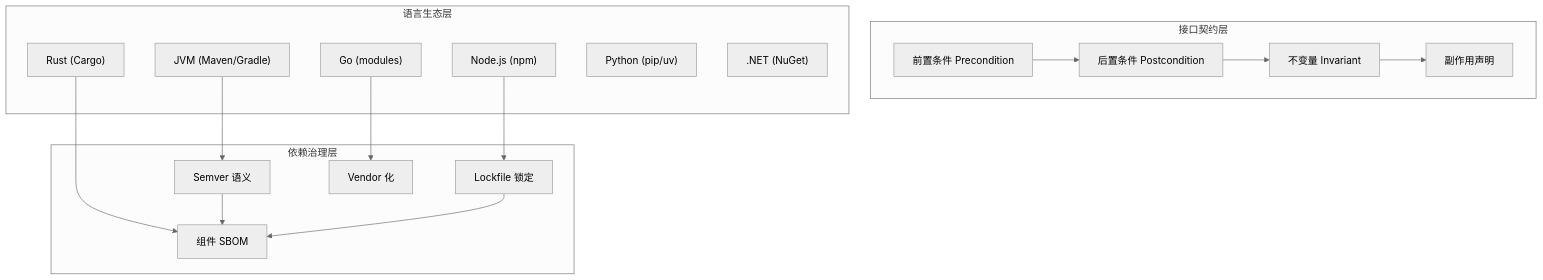
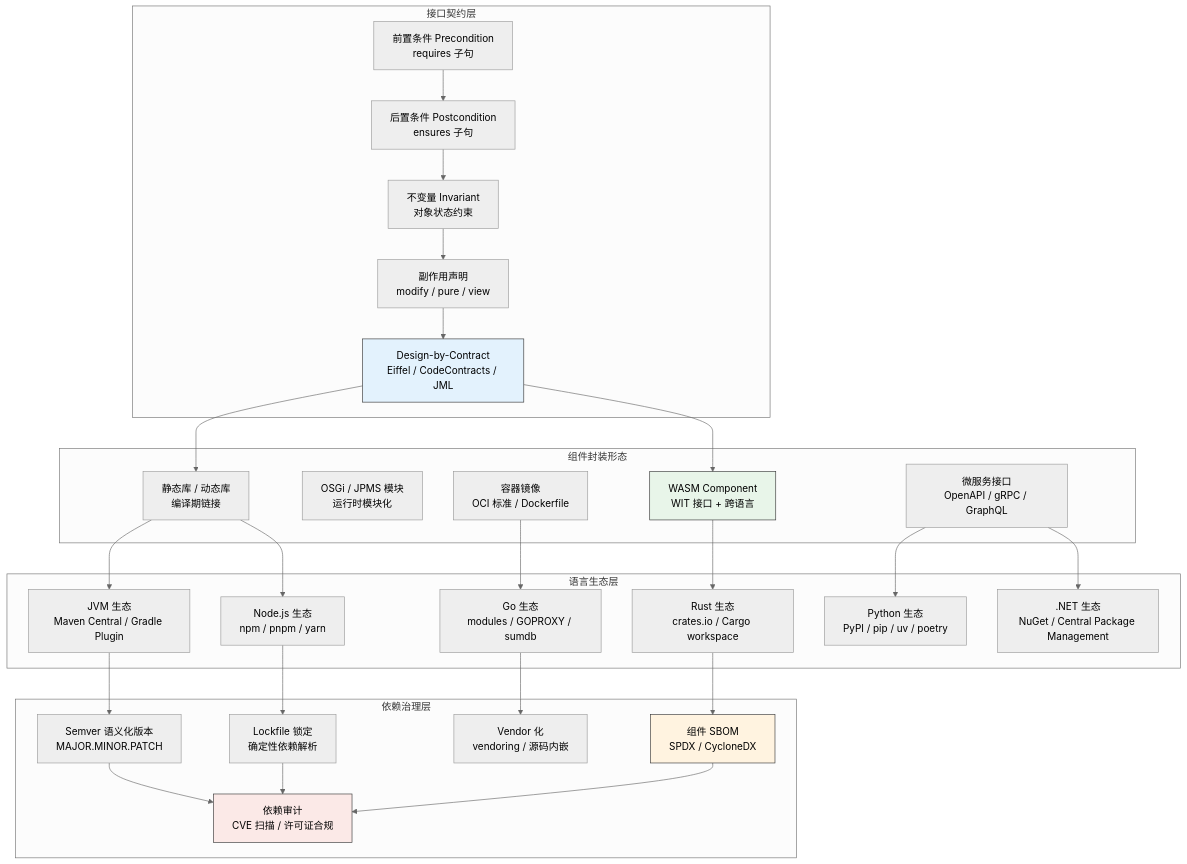
One commit to AdaMartin18010/Architecture changed the diagram in struct/99-reference/visualizations/04-component-architecture-reuse.mmd. Above: the diagram before and after it, drawn with Mermaid (neutral theme). The commit also changed 45 other files, not shown here.

```diff
--- a/struct/99-reference/visualizations/04-component-architecture-reuse.mmd
+++ b/struct/99-reference/visualizations/04-component-architecture-reuse.mmd
@@ -1,31 +1,56 @@
+%% 版本: 2026-06-10 | 状态: B3 完成 | 主题: 04 组件架构复用
 flowchart TB
-    subgraph 接口契约层
-        PRE["前置条件 Precondition"]
-        POST["后置条件 Postcondition"]
-        INV["不变量 Invariant"]
-        SIDE["副作用声明"]
+    subgraph "接口契约层"
+        PRE["前置条件 Precondition<br/>requires 子句"]
+        POST["后置条件 Postcondition<br/>ensures 子句"]
+        INV["不变量 Invariant<br/>对象状态约束"]
+        SIDE["副作用声明<br/>modify / pure / view"]
+        DBCON["Design-by-Contract<br/>Eiffel / CodeContracts / JML"]
     end
 
-    subgraph 语言生态层
-        JVM["JVM (Maven/Gradle)"]
-        NODE["Node.js (npm)"]
-        RUST["Rust (Cargo)"]
-        GO["Go (modules)"]
-        PY["Python (pip/uv)"]
-        NET[".NET (NuGet)"]
+    subgraph "组件封装形态"
+        LIB["静态库 / 动态库<br/>编译期链接"]
+        MOD["OSGi / JPMS 模块<br/>运行时模块化"]
+        WASM_C["WASM Component<br/>WIT 接口 + 跨语言"]
+        CONT["容器镜像<br/>OCI 标准 / Dockerfile"]
+        SVC["微服务接口<br/>OpenAPI / gRPC / GraphQL"]
     end
 
-    subgraph 依赖治理层
-        SEMVER["Semver 语义"]
-        LOCK["Lockfile 锁定"]
-        VEND["Vendor 化"]
-        SBOM_C["组件 SBOM"]
+    subgraph "语言生态层"
+        JVM["JVM 生态<br/>Maven Central / Gradle Plugin"]
+        NODE["Node.js 生态<br/>npm / pnpm / yarn"]
+        RUST["Rust 生态<br/>crates.io / Cargo workspace"]
+        GO["Go 生态<br/>modules / GOPROXY / sumdb"]
+        PY["Python 生态<br/>PyPI / pip / uv / poetry"]
+        NET[".NET 生态<br/>NuGet / Central Package Management"]
     end
 
-    PRE --> POST --> INV --> SIDE
+    subgraph "依赖治理层"
+        SEMVER["Semver 语义化版本<br/>MAJOR.MINOR.PATCH"]
+        LOCK["Lockfile 锁定<br/>确定性依赖解析"]
+        VEND["Vendor 化<br/>vendoring / 源码内嵌"]
+        SBOM_C["组件 SBOM<br/>SPDX / CycloneDX"]
+        AUDIT["依赖审计<br/>CVE 扫描 / 许可证合规"]
+    end
+
+    PRE --> POST --> INV --> SIDE --> DBCON
+    DBCON --> LIB
+    DBCON --> WASM_C
+    LIB --> JVM
+    LIB --> NODE
+    WASM_C --> RUST
+    CONT --> GO
+    SVC --> PY
+    SVC --> NET
     JVM --> SEMVER
     NODE --> LOCK
     RUST --> SBOM_C
     GO --> VEND
-    SEMVER --> SBOM_C
-    LOCK --> SBOM_C
+    SEMVER --> AUDIT
+    LOCK --> AUDIT
+    SBOM_C --> AUDIT
+
+    style WASM_C fill:#e8f5e9,stroke:#333
+    style SBOM_C fill:#fff3e0,stroke:#333
+    style AUDIT fill:#fbe9e7,stroke:#333
+    style DBCON fill:#e3f2fd,stroke:#333
```
